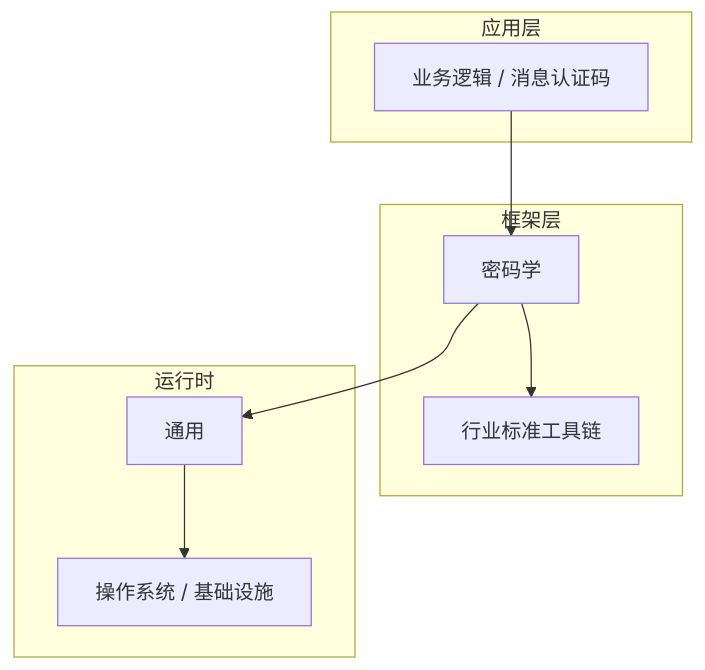
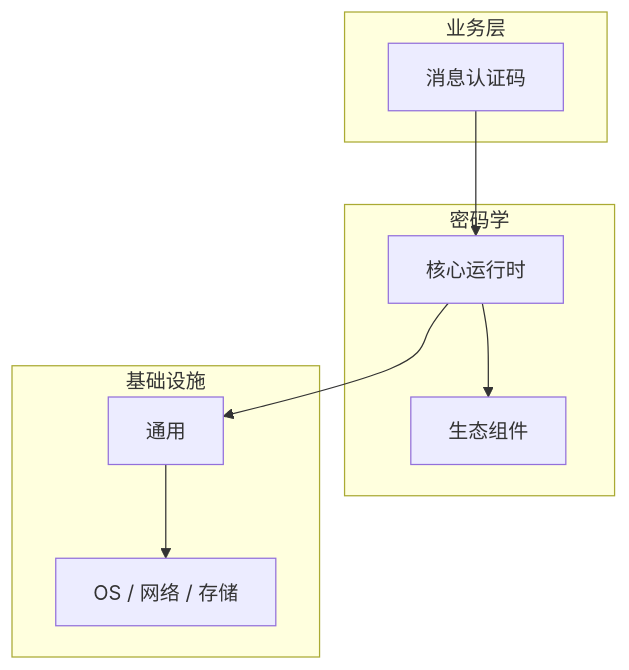
One commit to yanggan2015/knowledge-json-v2 changed the diagram in articles/密码学/chapters/051-消息认证码核心概念与原理.md. Above: the diagram before and after it, drawn with Mermaid. The commit also changed other lines of this file and 10127 other files, not shown here.

````diff
--- a/articles/密码学/chapters/051-消息认证码核心概念与原理.md
+++ b/articles/密码学/chapters/051-消息认证码核心概念与原理.md
@@ -46,18 +31,18 @@
 ```mermaid
 graph TB
-    subgraph 应用层
-        A[业务逻辑 / 消息认证码]
+    subgraph 业务层
+        A[消息认证码]
     end
-    subgraph 框架层
-        B[密码学]
-        C[行业标准工具链]
+    subgraph 密码学
+        B[核心运行时]
+        C[生态组件]
     end
-    subgraph 运行时
+    subgraph 基础设施
         D[通用]
-        E[操作系统 / 基础设施]
+        E[OS / 网络 / 存储]
     end
     A --> B
     B --> C
     B --> D
     D --> E
 ```
````
